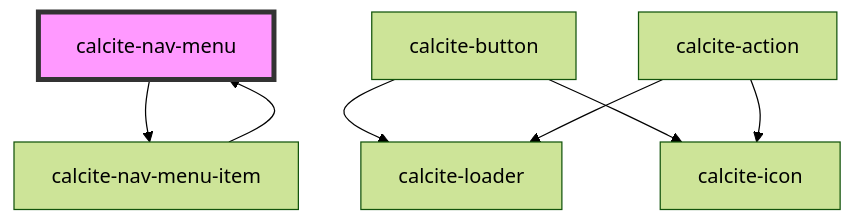
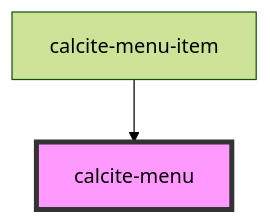
One commit to Esri/calcite-design-system changed the diagram in src/components/menu/readme.md. Above: the diagram before and after it, drawn with Mermaid (forest theme). The commit also changed other lines of this file and 2 other files, not shown here.

````diff
--- a/src/components/menu/readme.md
+++ b/src/components/menu/readme.md
@@ -26,10 +39,5 @@
 ```mermaid
 graph TD;
-  calcite-nav-menu --> calcite-nav-menu-item
-  calcite-nav-menu-item --> calcite-nav-menu
-  calcite-button --> calcite-loader
-  calcite-button --> calcite-icon
-  calcite-action --> calcite-loader
-  calcite-action --> calcite-icon
-  style calcite-nav-menu fill:#f9f,stroke:#333,stroke-width:4px
+  calcite-menu-item --> calcite-menu
+  style calcite-menu fill:#f9f,stroke:#333,stroke-width:4px
 ```
````
